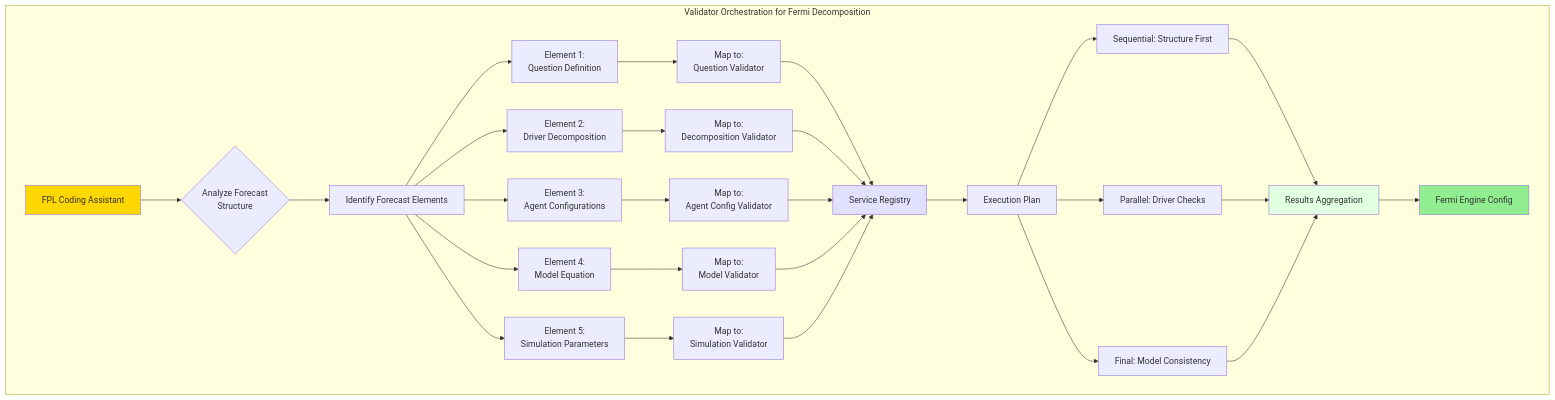
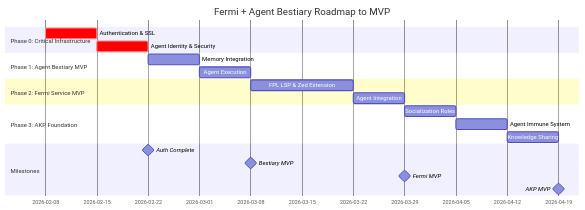
The diagram in rendered_output/charts/diagram-0.mmd (Replicant-Partners/fermi), drawn with Mermaid before and after one commit. The commit also changed 19 other files, not shown here.

```diff
--- a/rendered_output/charts/diagram-0.mmd
+++ b/rendered_output/charts/diagram-0.mmd
@@ -1,62 +1,47 @@
 %%{
   init: {
     'theme': 'base',
     'themeVariables': {
       'primaryColor': '#5CCFE6',
       'primaryTextColor': '#CBCCC6',
       'primaryBorderColor': '#5C6773',
       'lineColor': '#FFCC66',
       'secondaryColor': '#BAE67E',
       'tertiaryColor': '#FFAE57',
       'background': '#1F2430',
       'mainBkg': '#1F2430',
       'secondBkg': '#1F2430',
       'tertiaryBkg': '#1F2430',
       'textColor': '#CBCCC6',
       'border1': '#5C6773',
       'border2': '#5C6773',
       'arrowheadColor': '#FFCC66',
       'fontFamily': 'ui-monospace, "Cascadia Code", "Source Code Pro", Menlo, Consolas, "DejaVu Sans Mono", monospace',
       'fontSize': '14px'
     }
   }
-}%%graph TB
-    subgraph "Validator Orchestration for Fermi Decomposition"
-        A[FPL Coding Assistant] --> B{Analyze Forecast<br/>Structure}
-        
-        B --> C[Identify Forecast Elements]
-        
-        C --> D[Element 1:<br/>Question Definition]
-        C --> E[Element 2:<br/>Driver Decomposition]
-        C --> F[Element 3:<br/>Agent Configurations]
-        C --> G[Element 4:<br/>Model Equation]
-        C --> H[Element 5:<br/>Simulation Parameters]
-        
-        D --> I[Map to:<br/>Question Validator]
-        E --> J[Map to:<br/>Decomposition Validator]
-        F --> K[Map to:<br/>Agent Config Validator]
-        G --> L[Map to:<br/>Model Validator]
-        H --> M[Map to:<br/>Simulation Validator]
-        
-        I --> N[Service Registry]
-        J --> N
-        K --> N
-        L --> N
-        M --> N
-        
-        N --> O[Execution Plan]
-        O --> P[Sequential: Structure First]
-        O --> Q[Parallel: Driver Checks]
-        O --> R[Final: Model Consistency]
-        
-        P --> S[Results Aggregation]
-        Q --> S
-        R --> S
-        
-        S --> T[Fermi Engine Config]
-    end
+}%%gantt
+    title Fermi + Agent Bestiary Roadmap to MVP
+    dateFormat  YYYY-MM-DD
+    section Phase 0: Critical Infrastructure
+    Authentication & SSL           :crit, p0w1, 2026-02-08, 7d
+    Agent Identity & Security      :crit, p0w2, after p0w1, 7d
     
-    style A fill:#ffd700
-    style N fill:#e1e1ff
-    style S fill:#e1ffe1
-    style T fill:#90ee90
+    section Phase 1: Agent Bestiary MVP
+    Memory Integration             :p1w3, after p0w2, 7d
+    Agent Execution                :p1w4, after p1w3, 7d
+    
+    section Phase 2: Fermi Service MVP
+    FPL LSP & Zed Extension        :p2w56, after p1w4, 14d
+    Agent Integration              :p2w7, after p2w56, 7d
+    
+    section Phase 3: AKP Foundation
+    Socialization Rules            :p3w8, after p2w7, 7d
+    Agent Immune System            :p3w9, after p3w8, 7d
+    Knowledge Sharing              :p3w10, after p3w9, 7d
+    
+    section Milestones
+    Auth Complete                  :milestone, m1, after p0w2, 0d
+    Bestiary MVP                   :milestone, m2, after p1w4, 0d
+    Fermi MVP                      :milestone, m3, after p2w7, 0d
+    AKP MVP                        :milestone, m4, after p3w10, 0d
```
